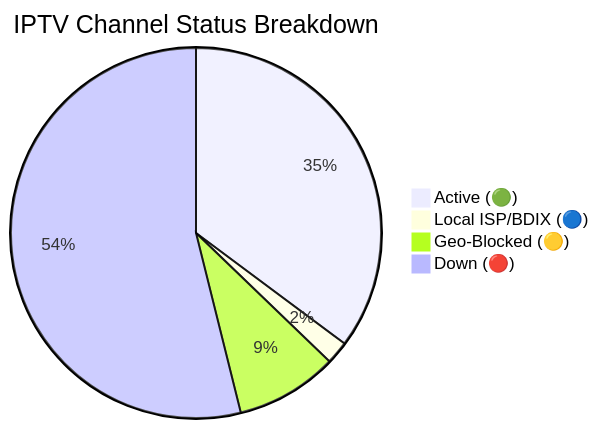
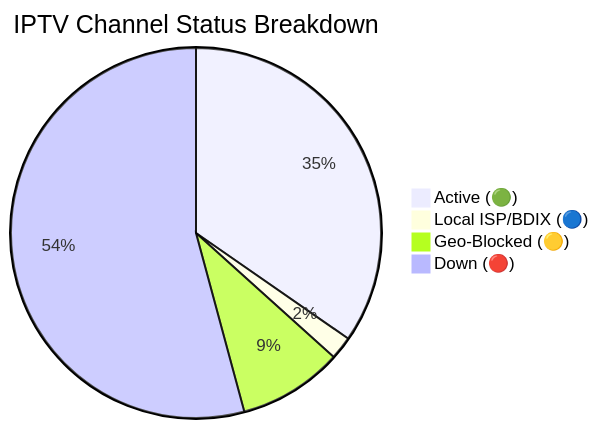
Before and after one commit to andreataylord/Ip-tv-Collection: the diagram in README.md, drawn with Mermaid. The commit also changed other lines of this file and 2 other files, not shown here.

````diff
--- a/README.md
+++ b/README.md
@@ -59,7 +59,7 @@
 ```mermaid
 pie title IPTV Channel Status Breakdown
-    "Active (🟢)" : 2234
+    "Active (🟢)" : 2202
     "Local ISP/BDIX (🔵)" : 128
-    "Geo-Blocked (🟡)" : 566
-    "Down (🔴)" : 3422
+    "Geo-Blocked (🟡)" : 580
+    "Down (🔴)" : 3444
 ```
````
